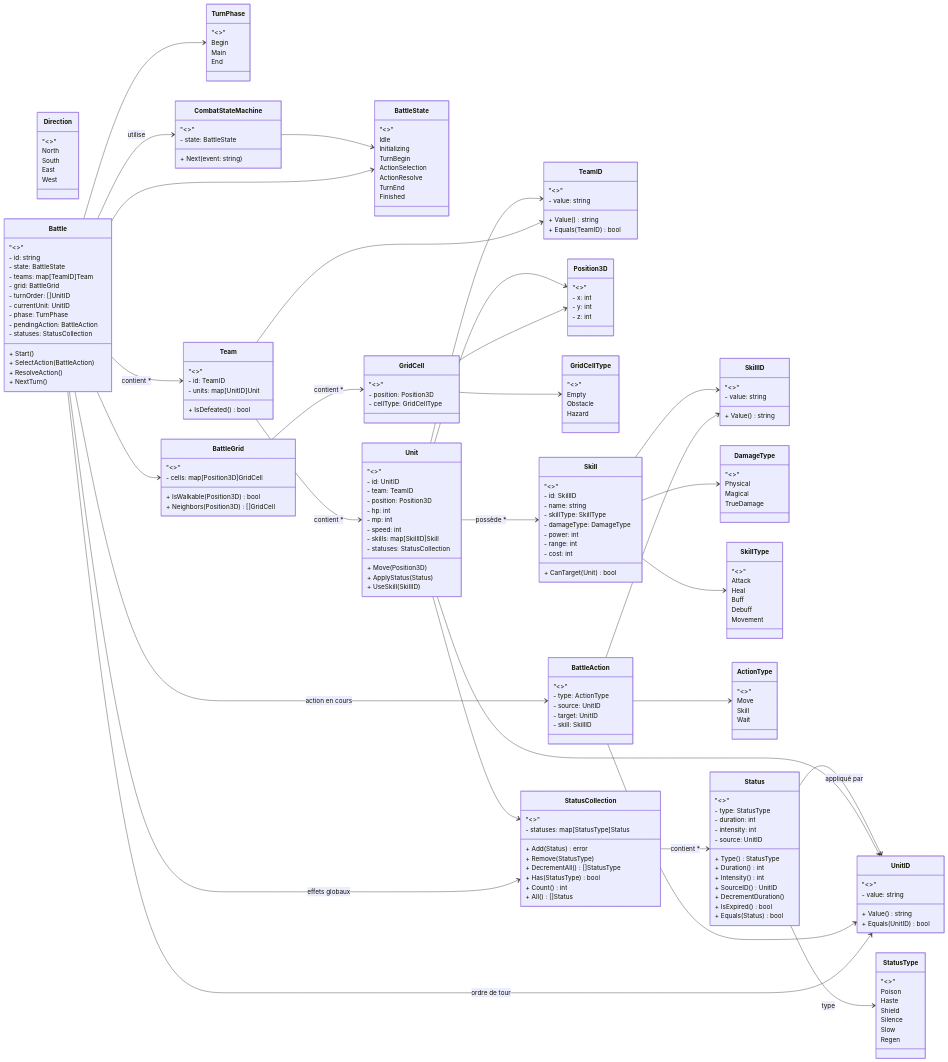
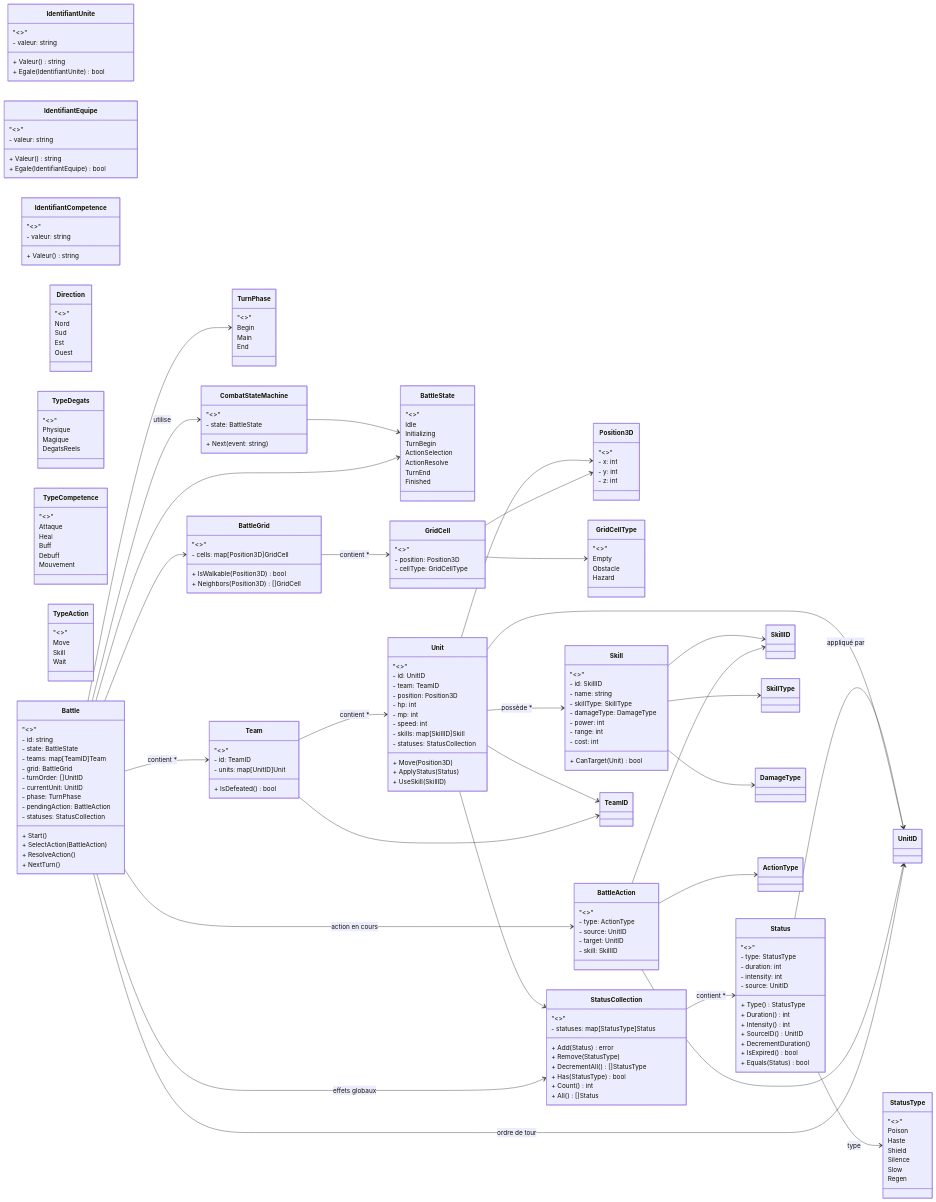
Before and after one commit to Gaetan1303/Aether-Engine: the diagram in doc/diagramme de classe/Domaine.md, drawn with Mermaid. The commit also changed 12 other files, not shown here.

```diff
--- a/doc/diagramme de classe/Domaine.md
+++ b/doc/diagramme de classe/Domaine.md
@@ -4,27 +4,31 @@
 direction LR
 
 %% =========================
-%% VALUE OBJECTS & ENUMS
+%% VALUE OBJECTS & ENUMS (fr)
 %% =========================
 
-class UnitID {
+%% Note de synchronisation :
+%% Ce diagramme utilise le nommage français, sauf pour les termes internationalement utilisés (item, Tank, DPS, Heal, etc.).
+%% Les définitions détaillées sont centralisées dans `/doc/Agrégats.md`.
+
+class IdentifiantUnite {
     "<<value object>>"
-    - value: string
-    + Value() string
-    + Equals(UnitID) bool
+    - valeur: string
+    + Valeur() string
+    + Egale(IdentifiantUnite) bool
 }
 
-class TeamID {
+class IdentifiantEquipe {
     "<<value object>>"
-    - value: string
-    + Value() string
-    + Equals(TeamID) bool
+    - valeur: string
+    + Valeur() string
+    + Egale(IdentifiantEquipe) bool
 }
 
-class SkillID {
+class IdentifiantCompetence {
     "<<value object>>"
-    - value: string
-    + Value() string
+    - valeur: string
+    + Valeur() string
 }
 
 class Position3D {
@@ -36,29 +40,29 @@
 
 class Direction {
     "<<enum>>"
-    North
-    South
-    East
-    West
+    Nord
+    Sud
+    Est
+    Ouest
 }
 
-class DamageType {
+class TypeDegats {
     "<<enum>>"
-    Physical
-    Magical
-    TrueDamage
+    Physique
+    Magique
+    DegatsReels
 }
 
-class SkillType {
+class TypeCompetence {
     "<<enum>>"
-    Attack
+    Attaque
     Heal
     Buff
     Debuff
-    Movement
+    Mouvement
 }
 
-class ActionType {
+class TypeAction {
     "<<enum>>"
     Move
     Skill
```
